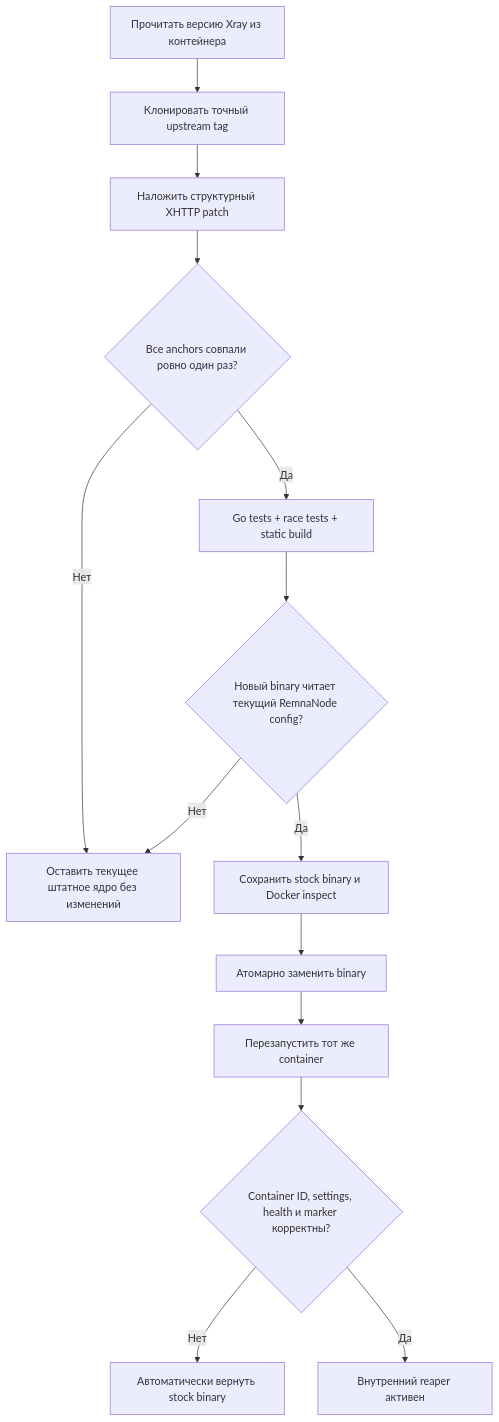
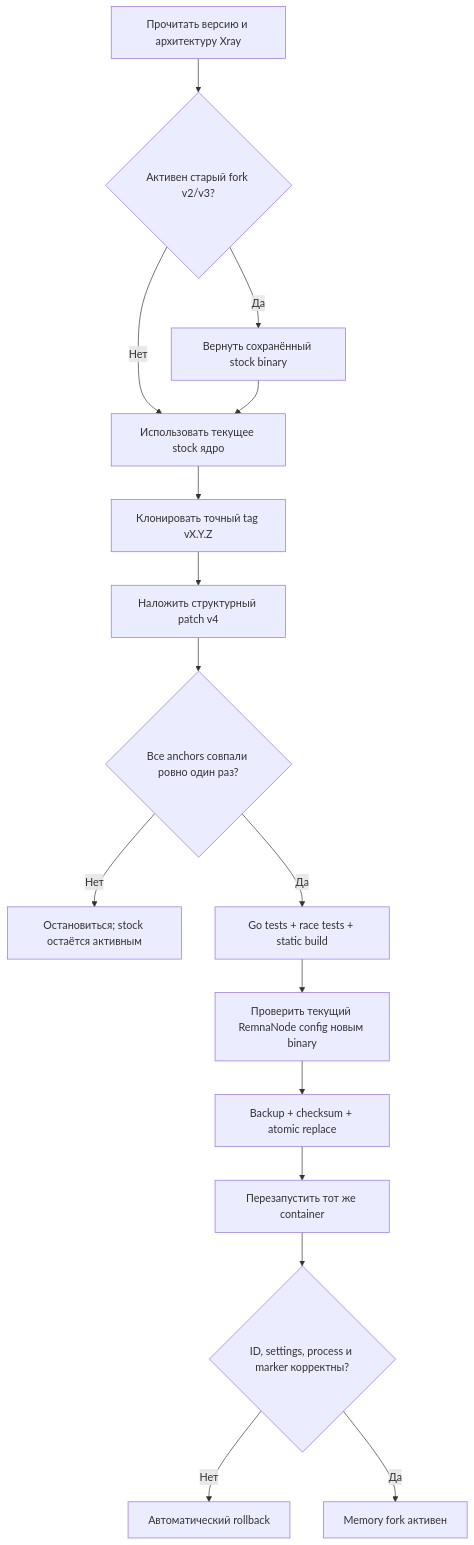
Before and after one commit to wasteprince/remnanode-xhttp-cleaner: the diagram in README.md, drawn with Mermaid. The commit also changed other lines of this file and 12 other files, not shown here.

Commit message:
Add safe Xray memory and CPU optimizer v4

````diff
--- a/README.md
+++ b/README.md
@@ -71,16 +117,18 @@
 ```mermaid
 flowchart TD
-    A[Прочитать версию Xray из контейнера] --> B[Клонировать точный upstream tag]
-    B --> C[Наложить структурный XHTTP patch]
-    C --> D{Все anchors совпали ровно один раз?}
-    D -- Нет --> SAFE[Оставить текущее штатное ядро без изменений]
-    D -- Да --> E[Go tests + race tests + static build]
-    E --> F{Новый binary читает текущий RemnaNode config?}
-    F -- Нет --> SAFE
-    F -- Да --> G[Сохранить stock binary и Docker inspect]
-    G --> H[Атомарно заменить binary]
-    H --> I[Перезапустить тот же container]
-    I --> J{Container ID, settings, health и marker корректны?}
-    J -- Нет --> ROLLBACK[Автоматически вернуть stock binary]
-    J -- Да --> READY[Внутренний reaper активен]
+    A[Прочитать версию и архитектуру Xray] --> B{Активен старый fork v2/v3?}
+    B -- Да --> C[Вернуть сохранённый stock binary]
+    B -- Нет --> D[Использовать текущее stock ядро]
+    C --> D
+    D --> E[Клонировать точный tag vX.Y.Z]
+    E --> F[Наложить структурный patch v4]
+    F --> G{Все anchors совпали ровно один раз?}
+    G -- Нет --> SAFE[Остановиться; stock остаётся активным]
+    G -- Да --> H[Go tests + race tests + static build]
+    H --> I[Проверить текущий RemnaNode config новым binary]
+    I --> J[Backup + checksum + atomic replace]
+    J --> K[Перезапустить тот же container]
+    K --> L{ID, settings, process и marker корректны?}
+    L -- Нет --> R[Автоматический rollback]
+    L -- Да --> READY[Memory fork активен]
 ```
````
